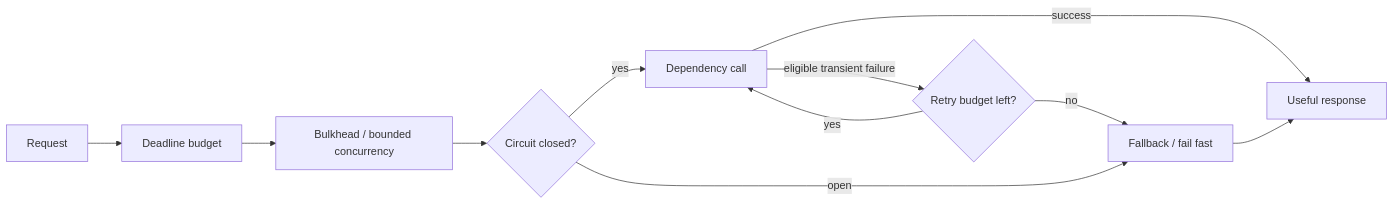
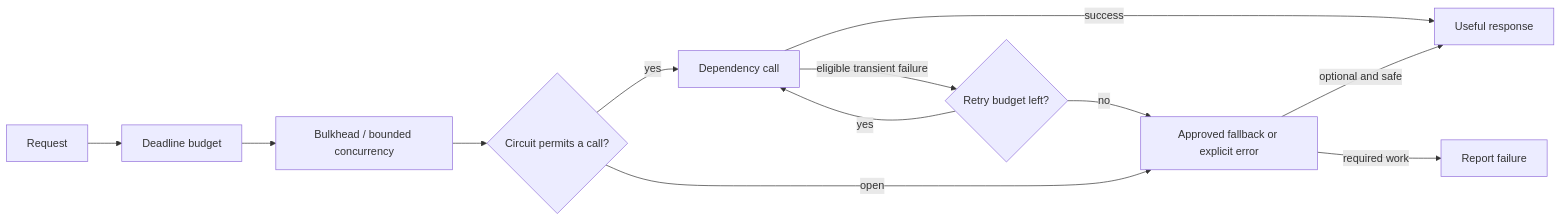
Before and after one commit to thucne/software-development-atlas: the first of 3 diagrams in content/docs/backend-engineering/service-resilience.mdx, drawn with Mermaid. The commit also changed other lines of this file and 5 other files, not shown here.

````diff
--- a/content/docs/backend-engineering/service-resilience.mdx
+++ b/content/docs/backend-engineering/service-resilience.mdx
@@ -54,13 +54,14 @@
 ```mermaid
 flowchart LR
   R[Request] --> B[Deadline budget]
   B --> I[Bulkhead / bounded concurrency]
-  I --> C{Circuit closed?}
+  I --> C{Circuit permits a call?}
   C -->|yes| D[Dependency call]
-  C -->|open| F[Fallback / fail fast]
+  C -->|open| F[Approved fallback or explicit error]
   D -->|success| O[Useful response]
   D -->|eligible transient failure| Y{Retry budget left?}
   Y -->|yes| D
   Y -->|no| F
-  F --> O
+  F -->|optional and safe| O
+  F -->|required work| X[Report failure]
 ```
````
